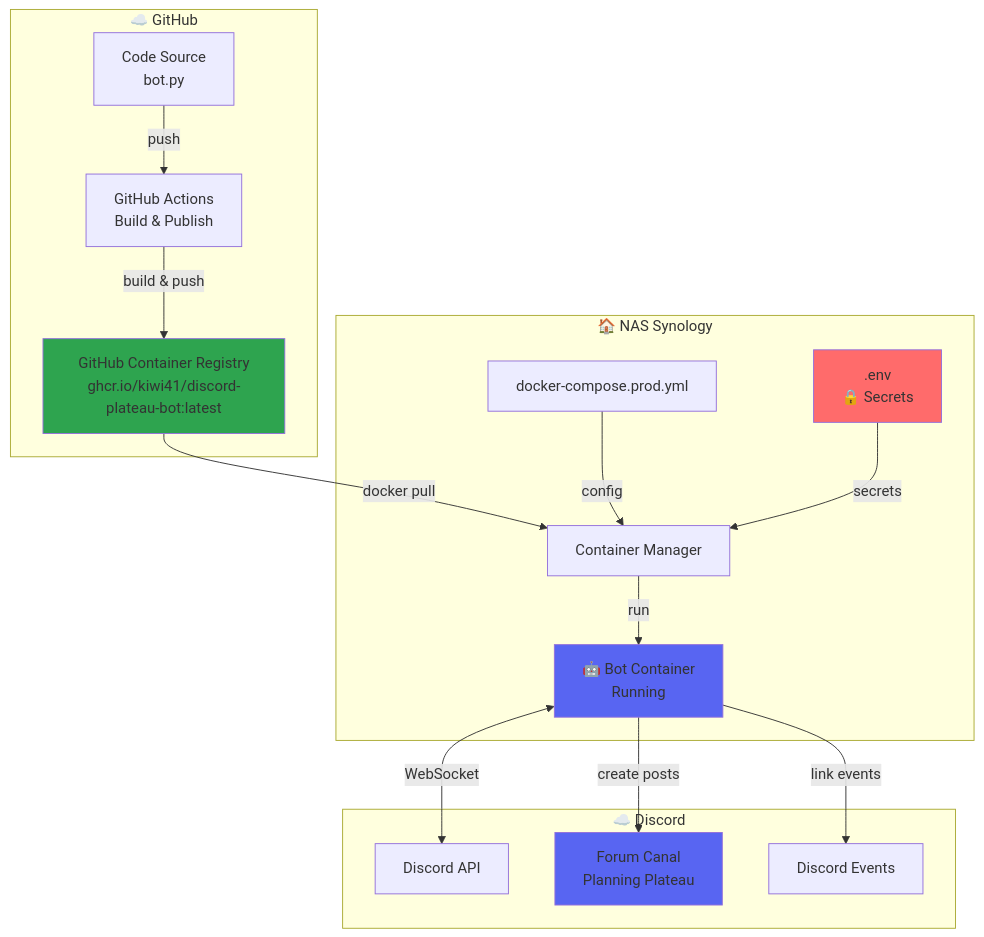
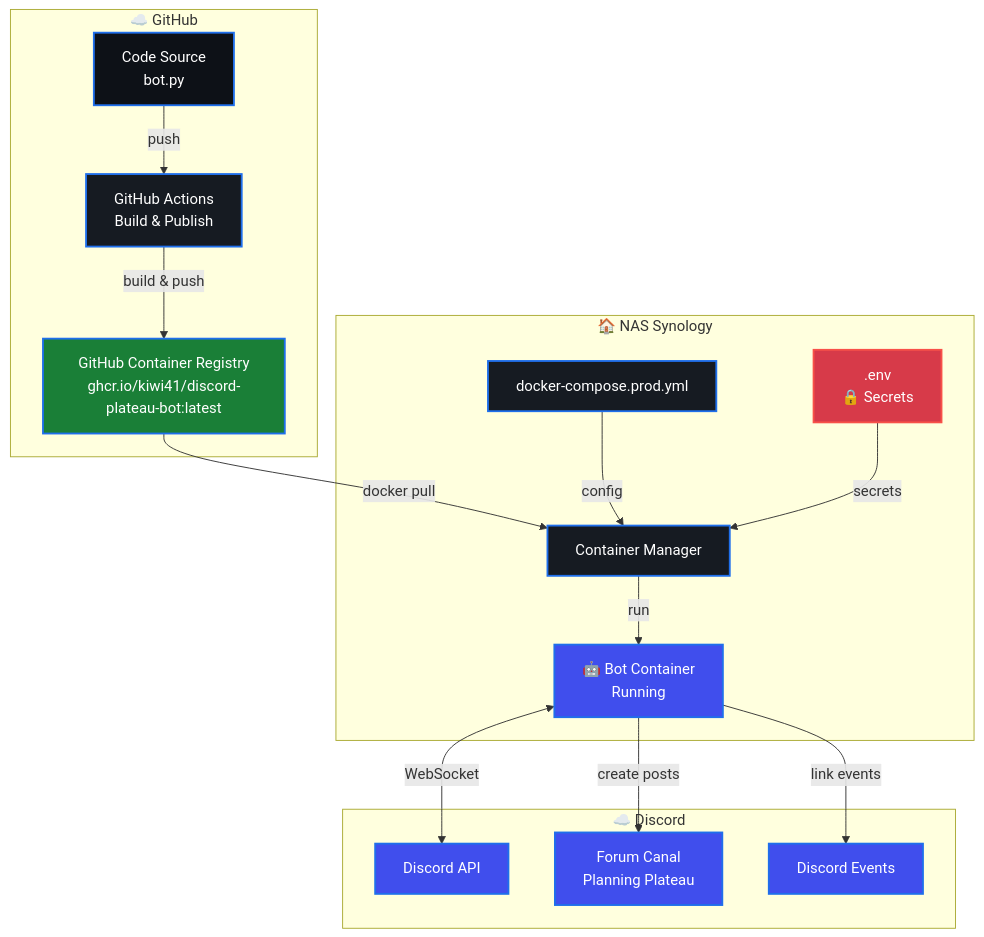
Before and after one commit to Kiwi41/discord-plateau-bot: the first of 3 diagrams in DEPLOYMENT.md, drawn with Mermaid. The commit also changed other lines of this file and 8 other files, not shown here.

Commit message:
docs: Improve Mermaid diagrams visibility for dark theme

````diff
--- a/DEPLOYMENT.md
+++ b/DEPLOYMENT.md
@@ -7,36 +7,42 @@
 ```mermaid
 graph TB
     subgraph "☁️ GitHub"
         CODE[Code Source<br/>bot.py]
         GHCR[GitHub Container Registry<br/>ghcr.io/kiwi41/discord-plateau-bot:latest]
         GA[GitHub Actions<br/>Build & Publish]
     end
     
     subgraph "🏠 NAS Synology"
         CM[Container Manager]
         DC[docker-compose.prod.yml]
         ENV[.env<br/>🔒 Secrets]
         BOT[🤖 Bot Container<br/>Running]
     end
     
     subgraph "☁️ Discord"
         API[Discord API]
         FORUM[Forum Canal<br/>Planning Plateau]
         EVENTS[Discord Events]
     end
     
     CODE -->|push| GA
     GA -->|build & push| GHCR
     GHCR -->|docker pull| CM
     DC -->|config| CM
     ENV -->|secrets| CM
     CM -->|run| BOT
     BOT <-->|WebSocket| API
     BOT -->|create posts| FORUM
     BOT -->|link events| EVENTS
     
-    style GHCR fill:#2ea44f
-    style BOT fill:#5865F2
-    style ENV fill:#ff6b6b
-    style FORUM fill:#5865F2
+    style GHCR fill:#1a7f37,stroke:#1f6feb,stroke-width:2px,color:#fff
+    style BOT fill:#404eed,stroke:#1f6feb,stroke-width:2px,color:#fff
+    style ENV fill:#d73a49,stroke:#f85149,stroke-width:2px,color:#fff
+    style FORUM fill:#404eed,stroke:#1f6feb,stroke-width:2px,color:#fff
+    style CODE fill:#0d1117,stroke:#1f6feb,stroke-width:2px,color:#fff
+    style GA fill:#161b22,stroke:#1f6feb,stroke-width:2px,color:#fff
+    style CM fill:#161b22,stroke:#1f6feb,stroke-width:2px,color:#fff
+    style DC fill:#161b22,stroke:#1f6feb,stroke-width:2px,color:#fff
+    style API fill:#404eed,stroke:#1f6feb,stroke-width:2px,color:#fff
+    style EVENTS fill:#404eed,stroke:#1f6feb,stroke-width:2px,color:#fff
 ```
````
